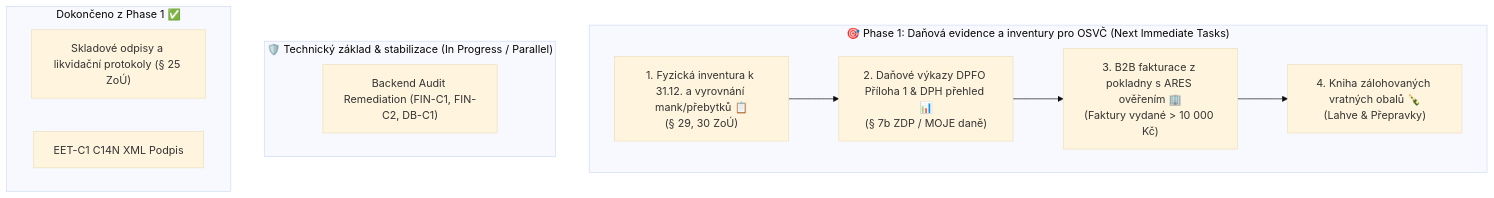
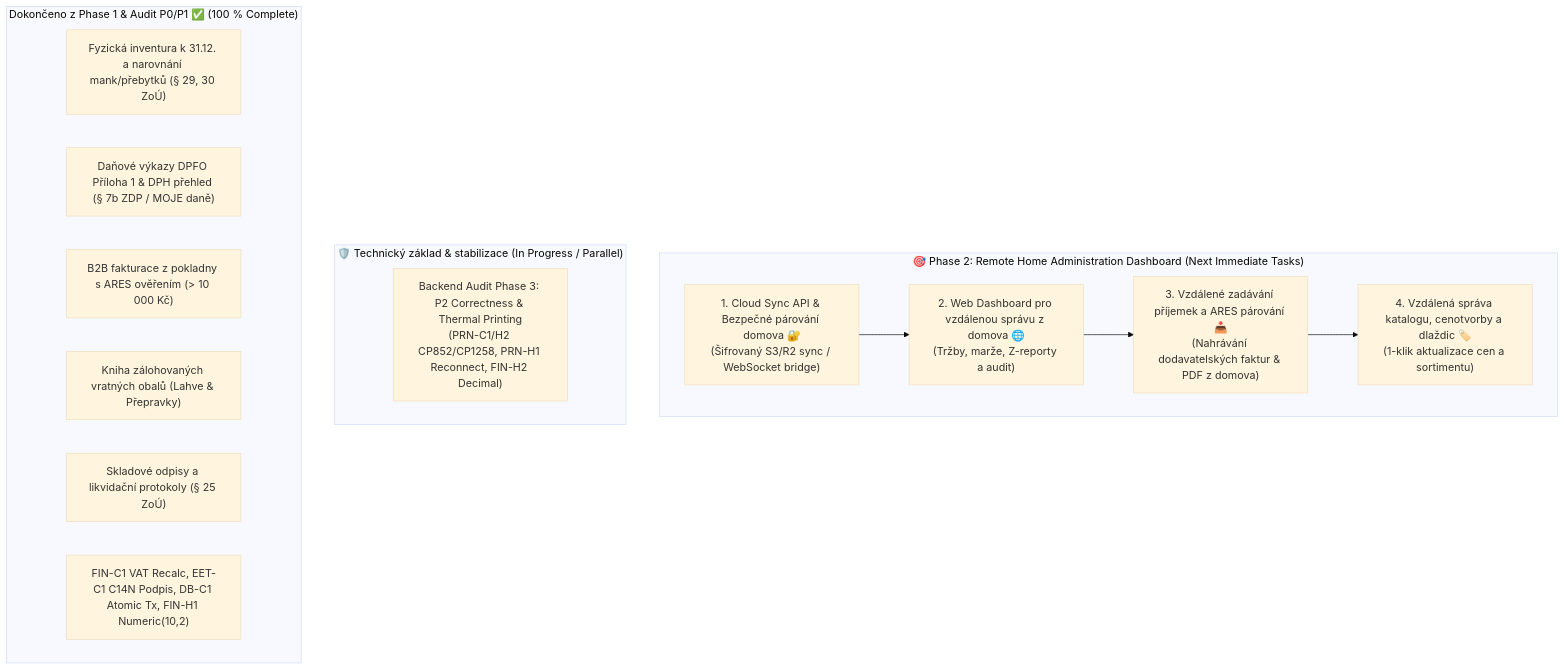
The first of 2 diagrams in docs/ROADMAP.md (MichalKhoa/pos-project), drawn with Mermaid (base theme) before and after one commit. The commit also changed other lines of this file, not shown here.

Commit message:
docs(roadmap): sync completed accounting, fiscal, and audit milestones

````diff
--- a/docs/ROADMAP.md
+++ b/docs/ROADMAP.md
@@ -14,19 +15,23 @@
 ```mermaid
 graph TD
-    subgraph P1["🎯 Phase 1: Daňová evidence a inventury pro OSVČ (Next Immediate Tasks)"]
-        T1["1. Fyzická inventura k 31.12. a vyrovnání mank/přebytků 📋<br/>(§ 29, 30 ZoÚ)"]
-        T2["2. Daňové výkazy DPFO Příloha 1 & DPH přehled 📊<br/>(§ 7b ZDP / MOJE daně)"]
-        T3["3. B2B fakturace z pokladny s ARES ověřením 🏢<br/>(Faktury vydané > 10 000 Kč)"]
-        T4["4. Kniha zálohovaných vratných obalů 🍾<br/>(Lahve & Přepravky)"]
+    subgraph P2["🎯 Phase 2: Remote Home Administration Dashboard (Next Immediate Tasks)"]
+        T1["1. Cloud Sync API & Bezpečné párování domova 🔐<br/>(Šifrovaný S3/R2 sync / WebSocket bridge)"]
+        T2["2. Web Dashboard pro vzdálenou správu z domova 🌐<br/>(Tržby, marže, Z-reporty a audit)"]
+        T3["3. Vzdálené zadávání příjemek a ARES párování 📥<br/>(Nahrávání dodavatelských faktur & PDF z domova)"]
+        T4["4. Vzdálená správa katalogu, cenotvorby a dlaždic 🏷️<br/>(1-klik aktualizace cen a sortimentu)"]
         T1 --> T2 --> T3 --> T4
     end
 
     subgraph Prereq["🛡️ Technický základ & stabilizace (In Progress / Parallel)"]
-        Audit["Backend Audit Remediation (FIN-C1, FIN-C2, DB-C1)"]
+        Audit["Backend Audit Phase 3: P2 Correctness & Thermal Printing<br/>(PRN-C1/H2 CP852/CP1258, PRN-H1 Reconnect, FIN-H2 Decimal)"]
     end
 
-    subgraph Done["Dokončeno z Phase 1 ✅"]
-        D1["Skladové odpisy a likvidační protokoly (§ 25 ZoÚ)"]
-        D2["EET-C1 C14N XML Podpis"]
+    subgraph Done["Dokončeno z Phase 1 & Audit P0/P1 ✅ (100 % Complete)"]
+        D1["Fyzická inventura k 31.12. a narovnání mank/přebytků (§ 29, 30 ZoÚ)"]
+        D2["Daňové výkazy DPFO Příloha 1 & DPH přehled (§ 7b ZDP / MOJE daně)"]
+        D3["B2B fakturace z pokladny s ARES ověřením (> 10 000 Kč)"]
+        D4["Kniha zálohovaných vratných obalů (Lahve & Přepravky)"]
+        D5["Skladové odpisy a likvidační protokoly (§ 25 ZoÚ)"]
+        D6["FIN-C1 VAT Recalc, EET-C1 C14N Podpis, DB-C1 Atomic Tx, FIN-H1 Numeric(10,2)"]
     end
 ```
````
